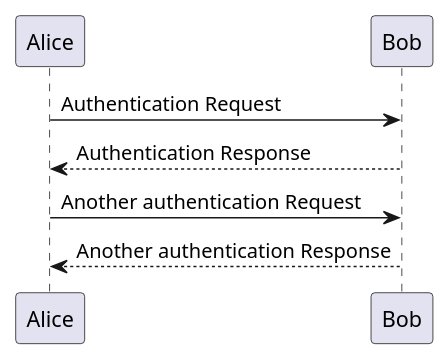
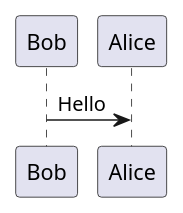
Before and after one commit to ugurbasaran/eShopOnContainers: the diagram in img/test.md, drawn with PlantUML.

```diff
--- a/img/test.md
+++ b/img/test.md
@@ -5,8 +5,3 @@
 @startuml
-skinparam shadowing false
-Alice -> Bob: Authentication Request
-Bob --> Alice: Authentication Response
-
-Alice -> Bob: Another authentication Request
-Alice <-- Bob: Another authentication Response
+Bob -> Alice : Hello
 @enduml
```
